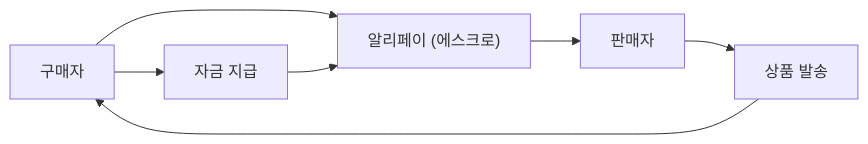
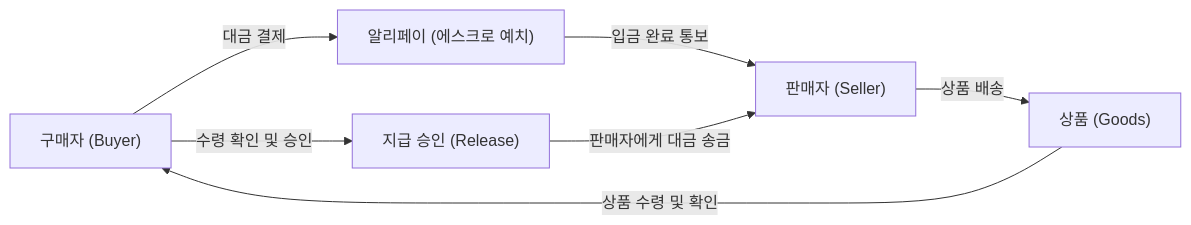
The diagram in content/post/history-of-alibaba/index.ko.md (kenjinote/blog), drawn with Mermaid before and after one commit. The commit also changed other lines of this file and 219 other files, not shown here.

````diff
--- a/content/post/history-of-alibaba/index.ko.md
+++ b/content/post/history-of-alibaba/index.ko.md
@@ -24,9 +46,9 @@
 ```mermaid
 flowchart LR
-    Buyer["구매자"] --> Alipay["알리페이 (에스크로)"]
-    Alipay --> Seller["판매자"]
-    Seller --> Goods["상품 발송"]
-    Goods --> Buyer
-    Buyer --> Release["자금 지급"]
-    Release --> Alipay
+    Buyer["구매자 (Buyer)"] -->|대금 결제| Alipay["알리페이 (에스크로 예치)"]
+    Alipay -->|입금 완료 통보| Seller["판매자 (Seller)"]
+    Seller -->|상품 배송| Goods["상품 (Goods)"]
+    Goods -->|상품 수령 및 확인| Buyer
+    Buyer -->|수령 확인 및 승인| Release["지급 승인 (Release)"]
+    Release -->|판매자에게 대금 송금| Seller
 ```
````
